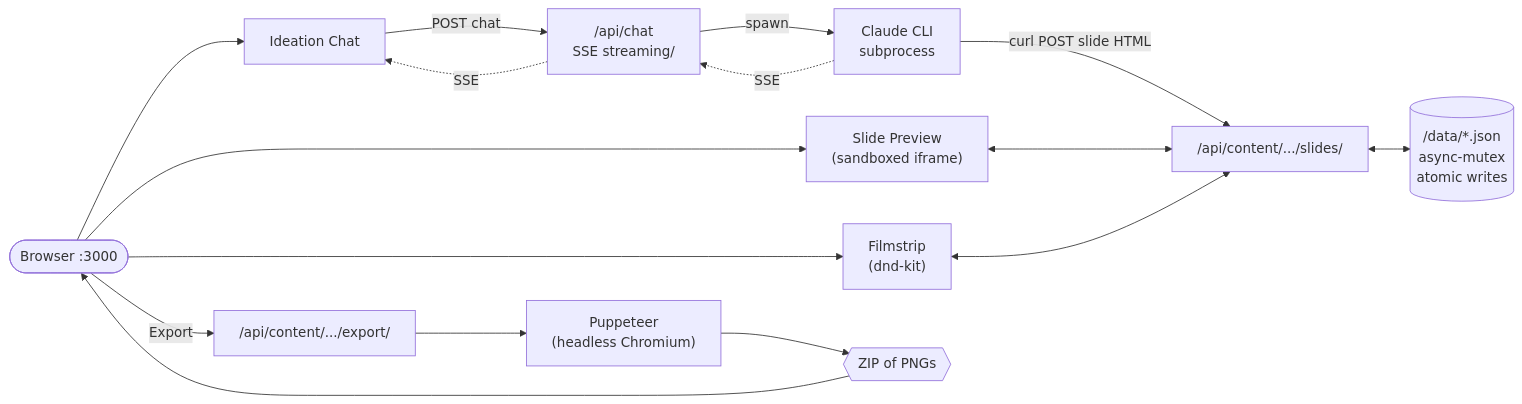
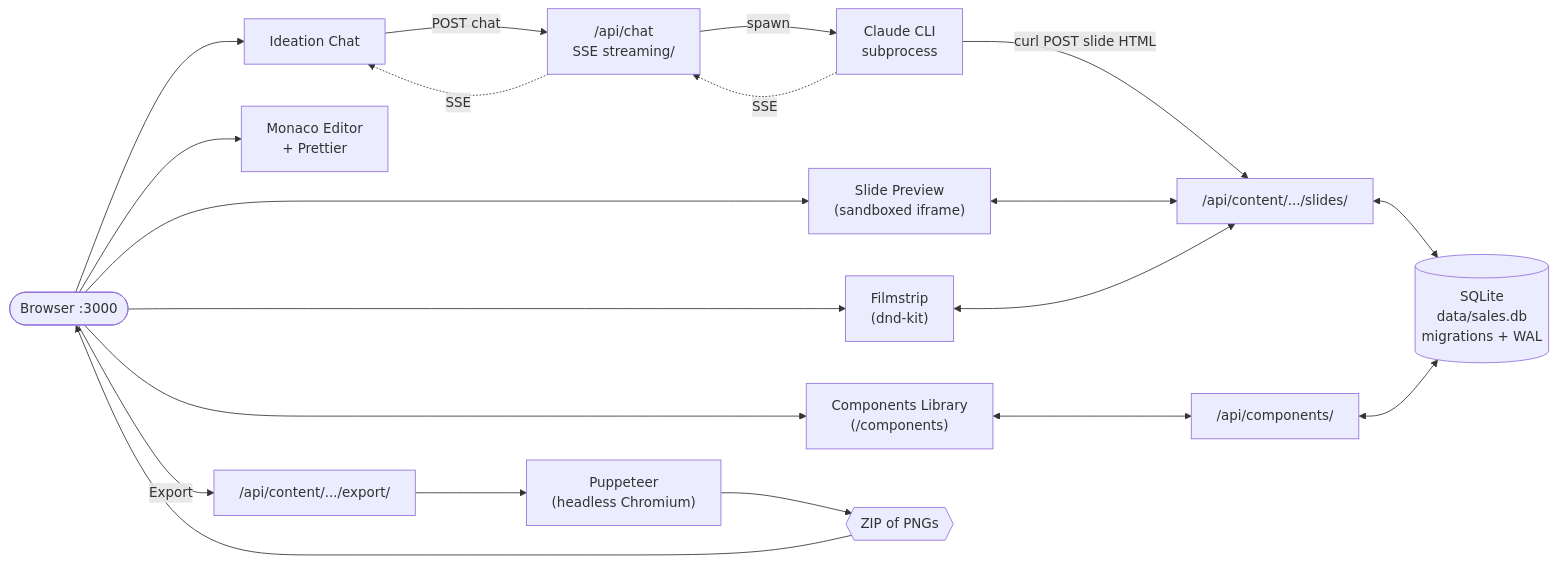
One commit to farena/open-social changed the diagram in README.md. Above: the diagram before and after it, drawn with Mermaid. The commit also changed other lines of this file, not shown here.

First line of the commit message:
docs(readme): refresh for SQLite, components library, Monaco editor

````diff
--- a/README.md
+++ b/README.md
@@ -176,28 +199,33 @@
 ```mermaid
 flowchart LR
   U(["Browser :3000"])
   C["Ideation Chat"]
   P["Slide Preview<br/>(sandboxed iframe)"]
   F["Filmstrip<br/>(dnd-kit)"]
+  ED["Monaco Editor<br/>+ Prettier"]
+  LIB["Components Library<br/>(/components)"]
   API["/api/chat<br/>SSE streaming/"]
   CCLI["Claude CLI<br/>subprocess"]
   SLIDES["/api/content/.../slides/"]
-  DATA[("/data/*.json<br/>async-mutex<br/>atomic writes")]
+  COMPS["/api/components/"]
+  DB[("SQLite<br/>data/sales.db<br/>migrations + WAL")]
   EXP["/api/content/.../export/"]
   PUP["Puppeteer<br/>(headless Chromium)"]
   ZIP{{"ZIP of PNGs"}}
 
-  U --> C & P & F
+  U --> C & P & F & ED & LIB
   C -- "POST chat" --> API
   API -- "spawn" --> CCLI
   CCLI -. "SSE" .-> API
   API -. "SSE" .-> C
   CCLI -- "curl POST slide HTML" --> SLIDES
-  SLIDES <--> DATA
+  SLIDES <--> DB
+  COMPS <--> DB
   P <--> SLIDES
   F <--> SLIDES
+  LIB <--> COMPS
   U -- "Export" --> EXP
   EXP --> PUP
   PUP --> ZIP
   ZIP --> U
 ```
````
